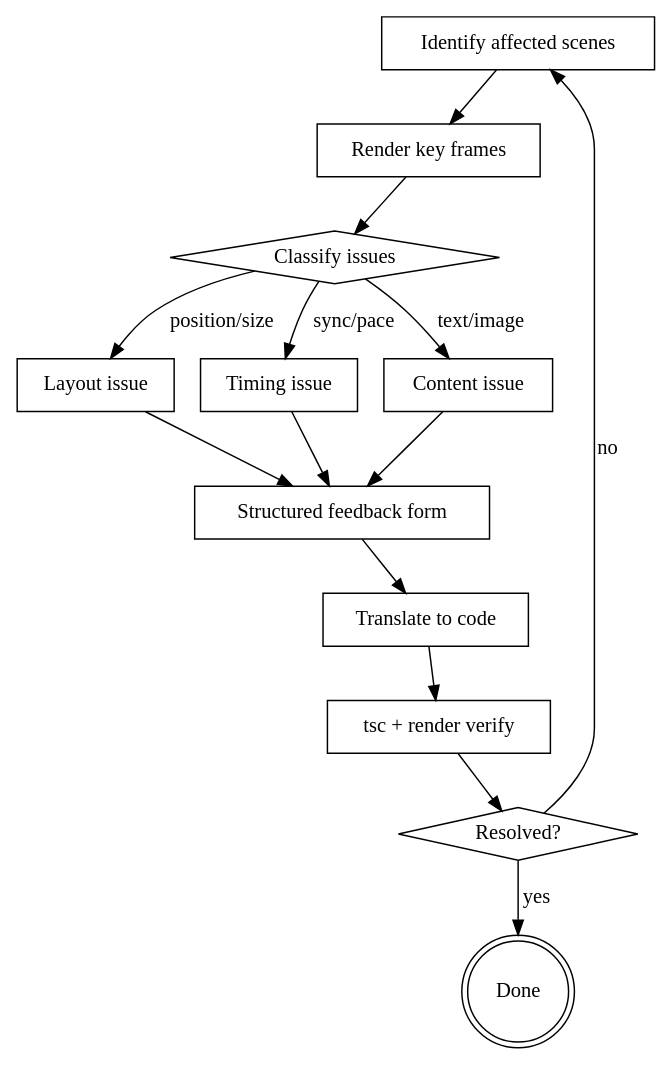
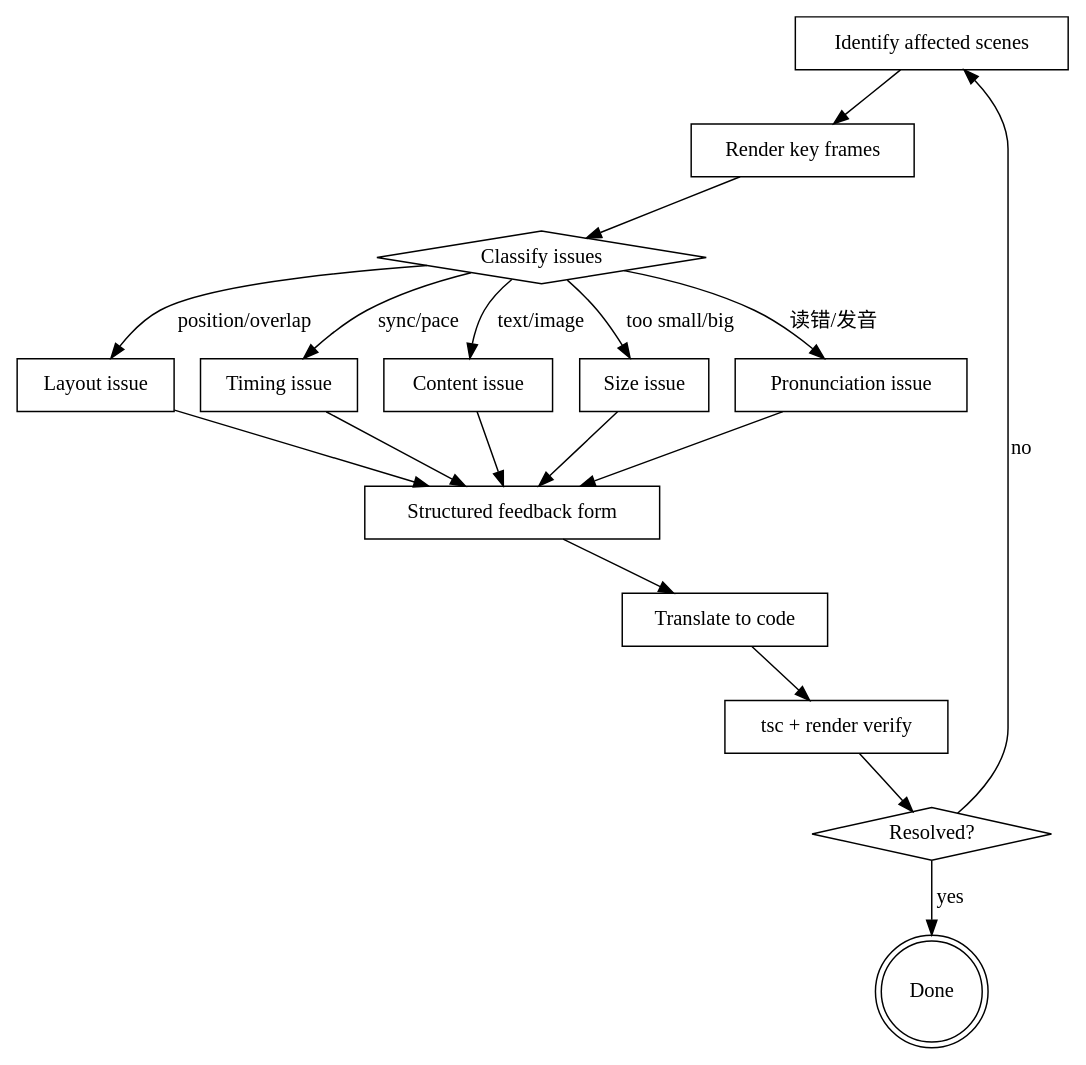
Before and after one commit to zhushanwen321/useful-dev-tools: the diagram in claude-code-tool/skills/remotion-video-review/SKILL.md, drawn with Graphviz. The commit also changed other lines of this file and 6 other files, not shown here.

````diff
--- a/claude-code-tool/skills/remotion-video-review/SKILL.md
+++ b/claude-code-tool/skills/remotion-video-review/SKILL.md
@@ -28,30 +30,36 @@
 ```dot
 digraph review {
     rankdir=TB;
     "Identify affected scenes" [shape=box];
     "Render key frames" [shape=box];
     "Classify issues" [shape=diamond];
     "Layout issue" [shape=box];
     "Timing issue" [shape=box];
     "Content issue" [shape=box];
+    "Size issue" [shape=box];
+    "Pronunciation issue" [shape=box];
     "Structured feedback form" [shape=box];
     "Translate to code" [shape=box];
     "tsc + render verify" [shape=box];
     "Resolved?" [shape=diamond];
     "Done" [shape=doublecircle];
 
     "Identify affected scenes" -> "Render key frames";
     "Render key frames" -> "Classify issues";
-    "Classify issues" -> "Layout issue" [label="position/size"];
+    "Classify issues" -> "Layout issue" [label="position/overlap"];
     "Classify issues" -> "Timing issue" [label="sync/pace"];
     "Classify issues" -> "Content issue" [label="text/image"];
+    "Classify issues" -> "Size issue" [label="too small/big"];
+    "Classify issues" -> "Pronunciation issue" [label="读错/发音"];
     "Layout issue" -> "Structured feedback form";
     "Timing issue" -> "Structured feedback form";
     "Content issue" -> "Structured feedback form";
+    "Size issue" -> "Structured feedback form";
+    "Pronunciation issue" -> "Structured feedback form";
     "Structured feedback form" -> "Translate to code";
     "Translate to code" -> "tsc + render verify";
     "tsc + render verify" -> "Resolved?";
     "Resolved?" -> "Identify affected scenes" [label="no"];
     "Resolved?" -> "Done" [label="yes"];
 }
 ```
````
